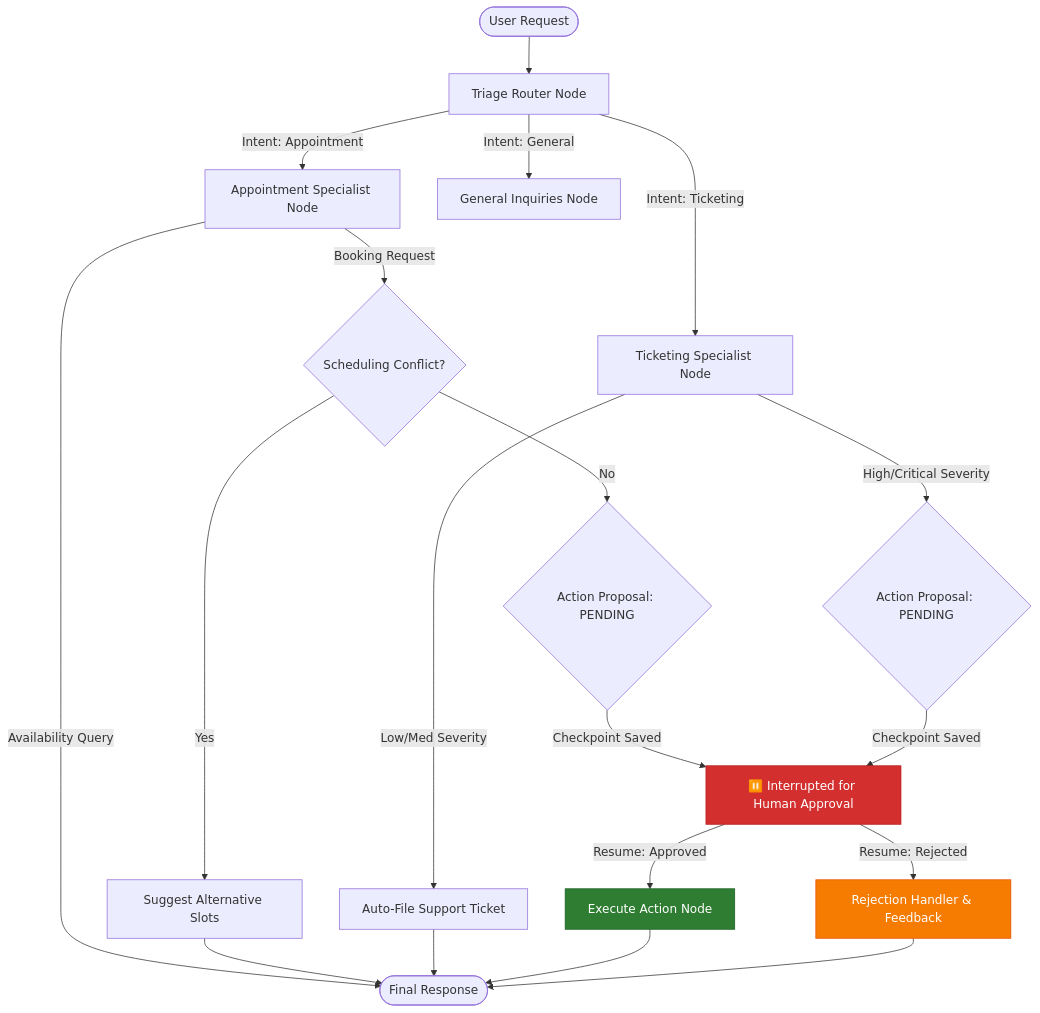
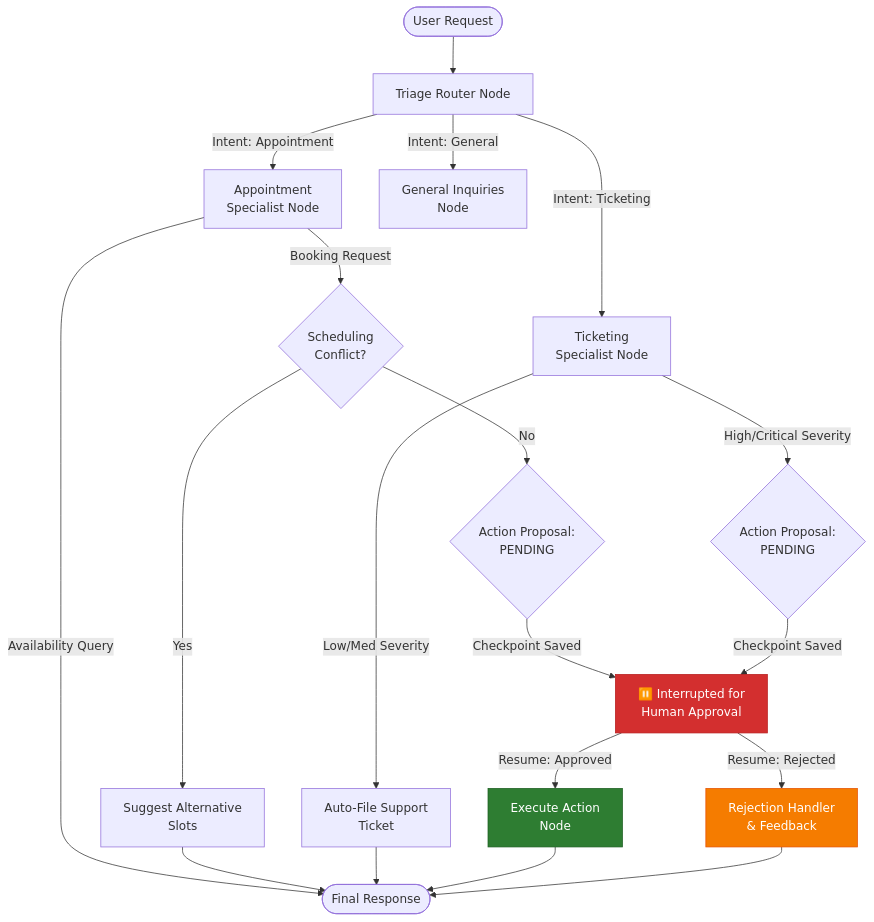
One commit to Firojpaudel/Agentic changed the diagram in modules/02_orchestration/README.md. Above: the diagram before and after it, drawn with Mermaid. The commit also changed 1 other file, not shown here.

Commit message:
fix(docs): resolve mermaid text clipping with explicit quotes and line breaks

````diff
--- a/modules/02_orchestration/README.md
+++ b/modules/02_orchestration/README.md
@@ -17,26 +17,26 @@
 ```mermaid
 graph TD
-    Start([User Request]) --> Triage[Triage Router Node]
+    Start(["User Request"]) --> Triage["Triage Router Node"]
     
-    Triage -->|Intent: Appointment| AptNode[Appointment Specialist Node]
-    Triage -->|Intent: Ticketing| TckNode[Ticketing Specialist Node]
-    Triage -->|Intent: General| GenNode[General Inquiries Node]
+    Triage -->|Intent: Appointment| AptNode["Appointment<br/>Specialist Node"]
+    Triage -->|Intent: Ticketing| TckNode["Ticketing<br/>Specialist Node"]
+    Triage -->|Intent: General| GenNode["General Inquiries<br/>Node"]
     
-    AptNode -->|Availability Query| EndNode([Final Response])
-    AptNode -->|Booking Request| CheckConflict{Scheduling Conflict?}
-    CheckConflict -->|Yes| ConflictFeedback[Suggest Alternative Slots] --> EndNode
-    CheckConflict -->|No| HITLGate1{Action Proposal: PENDING}
+    AptNode -->|Availability Query| EndNode(["Final Response"])
+    AptNode -->|Booking Request| CheckConflict{"Scheduling<br/>Conflict?"}
+    CheckConflict -->|Yes| ConflictFeedback["Suggest Alternative<br/>Slots"] --> EndNode
+    CheckConflict -->|No| HITLGate1{"Action Proposal:<br/>PENDING"}
     
-    TckNode -->|Low/Med Severity| AutoFile[Auto-File Support Ticket] --> EndNode
-    TckNode -->|High/Critical Severity| HITLGate2{Action Proposal: PENDING}
+    TckNode -->|Low/Med Severity| AutoFile["Auto-File Support<br/>Ticket"] --> EndNode
+    TckNode -->|High/Critical Severity| HITLGate2{"Action Proposal:<br/>PENDING"}
     
-    HITLGate1 -->|Checkpoint Saved| HumanPause[⏸️ Interrupted for Human Approval]
+    HITLGate1 -->|Checkpoint Saved| HumanPause["⏸️ Interrupted for<br/>Human Approval"]
     HITLGate2 -->|Checkpoint Saved| HumanPause
     
-    HumanPause -->|Resume: Approved| Executor[Execute Action Node] --> EndNode
-    HumanPause -->|Resume: Rejected| Rejection[Rejection Handler & Feedback] --> EndNode
+    HumanPause -->|Resume: Approved| Executor["Execute Action<br/>Node"] --> EndNode
+    HumanPause -->|Resume: Rejected| Rejection["Rejection Handler<br/>& Feedback"] --> EndNode
 
     style HumanPause fill:#d32f2f,stroke:#b71c1c,color:#fff
     style Executor fill:#2e7d32,stroke:#1b5e20,color:#fff
     style Rejection fill:#f57c00,stroke:#e65100,color:#fff
 ```
````
